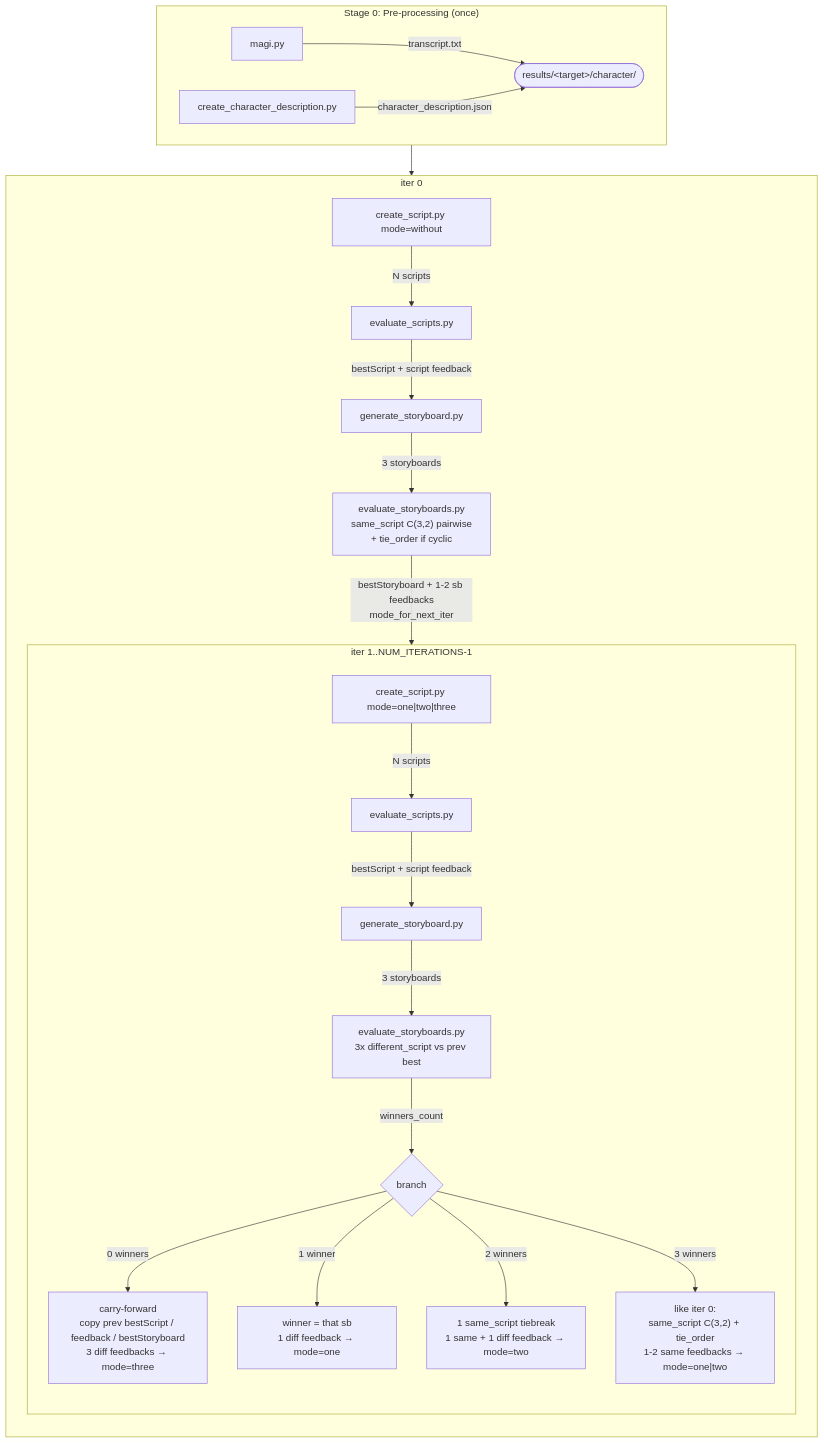
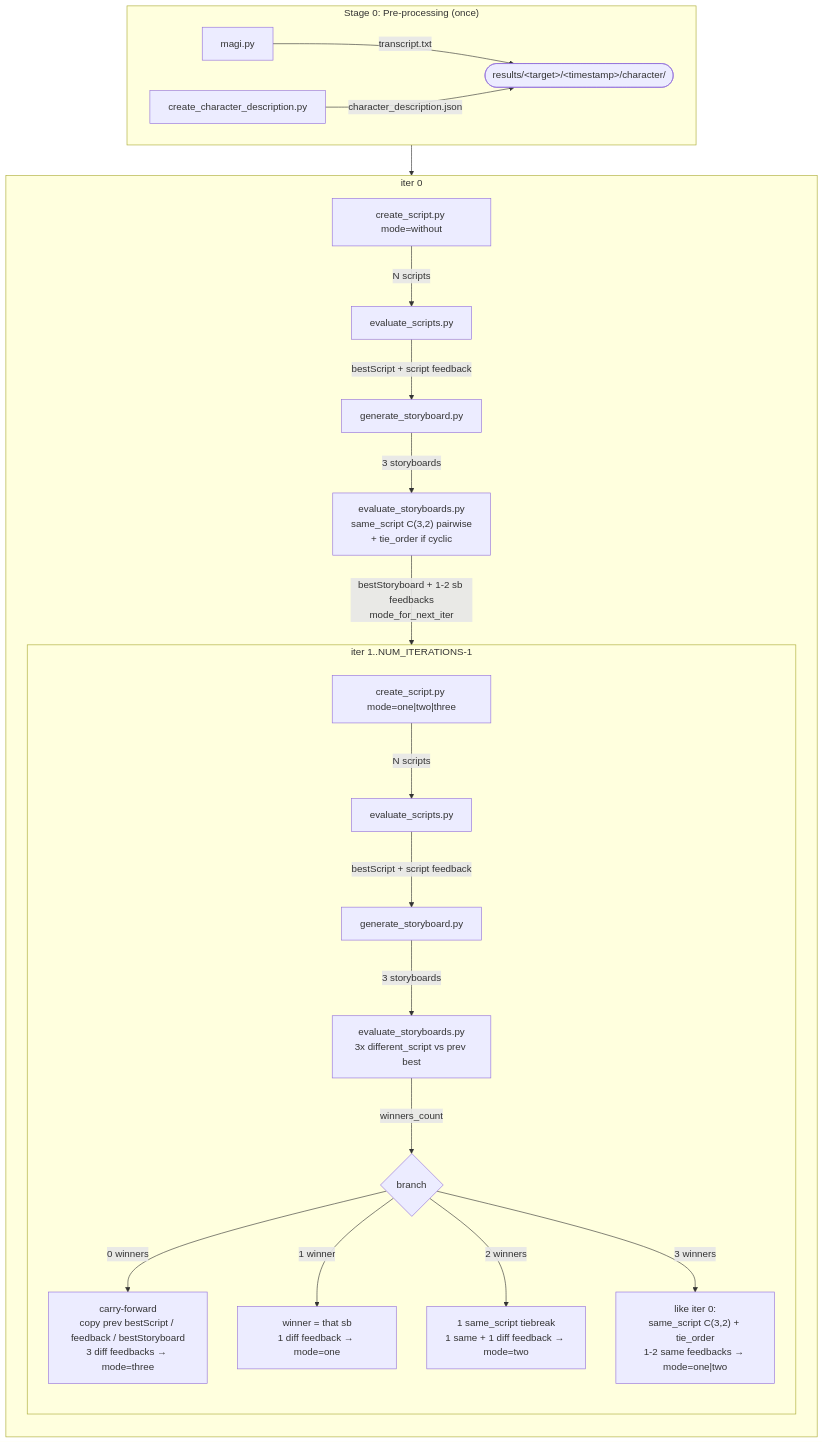
The diagram in README.md (annchenn/Manga2Animate), drawn with Mermaid before and after one commit. The commit also changed other lines of this file and 13 other files, not shown here.

````diff
--- a/README.md
+++ b/README.md
@@ -250,31 +301,31 @@
 ```mermaid
 flowchart TD
     subgraph PRE["Stage 0: Pre-processing (once)"]
         direction LR
         MG["magi.py"] -->|transcript.txt| CHAR
         CD["create_character_description.py"] -->|character_description.json| CHAR
-        CHAR(["results/&lt;target&gt;/character/"])
+        CHAR(["results/&lt;target&gt;/&lt;timestamp&gt;/character/"])
     end
 
     PRE --> IT0["iter 0"]
 
     subgraph IT0["iter 0"]
         direction TB
         CS0["create_script.py mode=without"] -->|N scripts| ES0["evaluate_scripts.py"]
         ES0 -->|bestScript + script feedback| GS0["generate_storyboard.py"]
         GS0 -->|3 storyboards| EV0["evaluate_storyboards.py<br/>same_script C(3,2) pairwise<br/>+ tie_order if cyclic"]
         EV0 -->|bestStoryboard + 1-2 sb feedbacks<br/>mode_for_next_iter| ITN
     end
 
     subgraph ITN["iter 1..NUM_ITERATIONS-1"]
         direction TB
         CSN["create_script.py mode=one|two|three"] -->|N scripts| ESN["evaluate_scripts.py"]
         ESN -->|bestScript + script feedback| GSN["generate_storyboard.py"]
         GSN -->|3 storyboards| EVN["evaluate_storyboards.py<br/>3x different_script vs prev best"]
         EVN -->|winners_count| BR{"branch"}
         BR -->|0 winners| CARRY["carry-forward<br/>copy prev bestScript / feedback / bestStoryboard<br/>3 diff feedbacks → mode=three"]
         BR -->|1 winner| ONE["winner = that sb<br/>1 diff feedback → mode=one"]
         BR -->|2 winners| TWO["1 same_script tiebreak<br/>1 same + 1 diff feedback → mode=two"]
         BR -->|3 winners| THREE["like iter 0:<br/>same_script C(3,2) + tie_order<br/>1-2 same feedbacks → mode=one|two"]
     end
 ```
````
